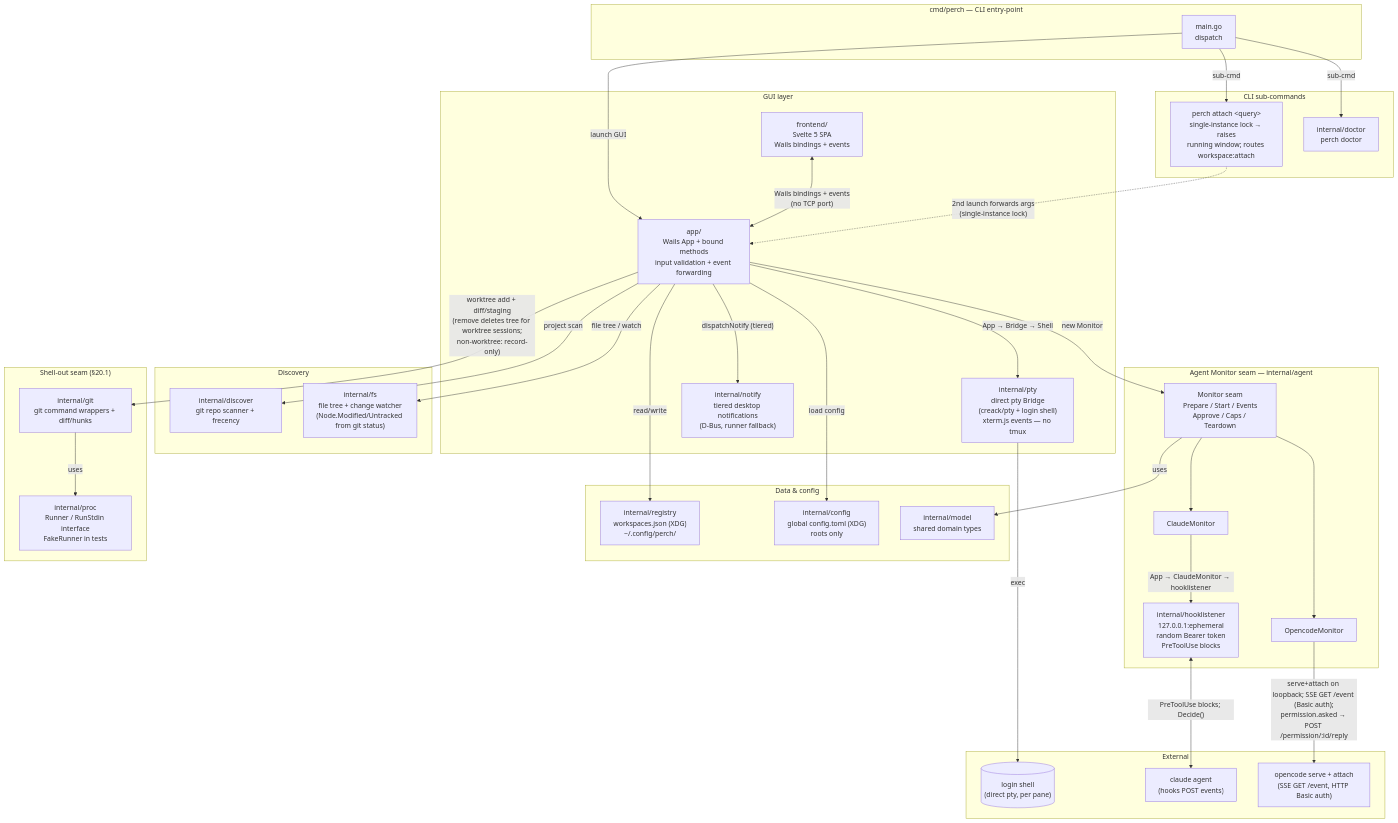
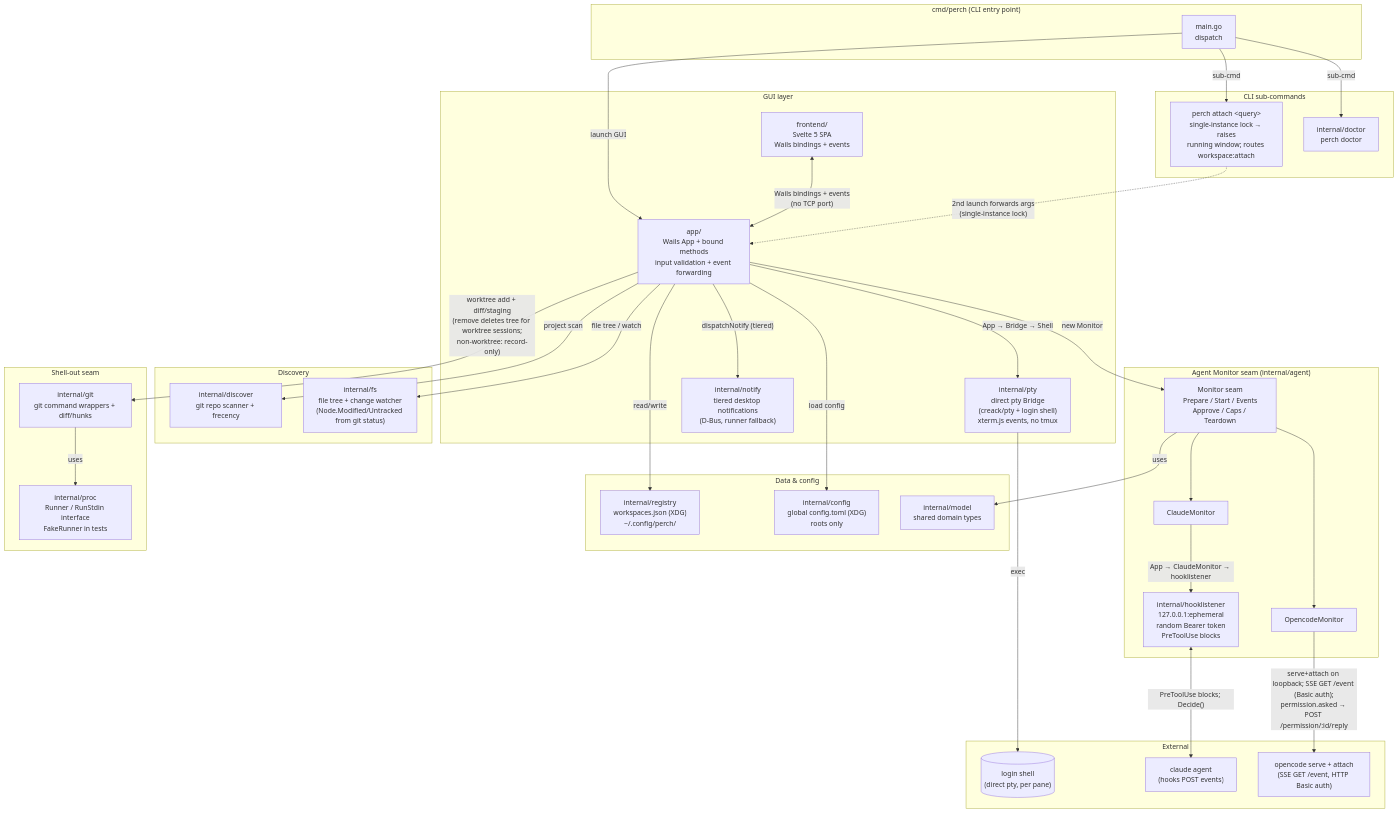
One commit to miniature-pug/perch changed the diagram in docs/diagrams/architecture.mmd. Above: the diagram before and after it, drawn with Mermaid. The commit also changed 26 other files, not shown here.

```diff
--- a/docs/diagrams/architecture.mmd
+++ b/docs/diagrams/architecture.mmd
@@ -1,72 +1,72 @@
 flowchart TD
-    subgraph CLI["cmd/perch — CLI entry-point"]
+    subgraph CLI["cmd/perch (CLI entry point)"]
         main["main.go\ndispatch"]
     end
 
     subgraph GUILayer["GUI layer"]
         apppkg["app/\nWails App + bound methods\ninput validation + event forwarding"]
-        pty["internal/pty\ndirect pty Bridge\n(creack/pty + login shell)\nxterm.js events — no tmux"]
+        pty["internal/pty\ndirect pty Bridge\n(creack/pty + login shell)\nxterm.js events, no tmux"]
         notify["internal/notify\ntiered desktop notifications\n(D-Bus, runner fallback)"]
         frontend["frontend/\nSvelte 5 SPA\nWails bindings + events"]
     end
 
-    subgraph Agents["Agent Monitor seam — internal/agent"]
+    subgraph Agents["Agent Monitor seam (internal/agent)"]
         monitor["Monitor seam\nPrepare / Start / Events\nApprove / Caps / Teardown"]
         claudemon["ClaudeMonitor"]
         opencodemon["OpencodeMonitor"]
         hooklistener["internal/hooklistener\n127.0.0.1:ephemeral\nrandom Bearer token\nPreToolUse blocks"]
     end
 
     subgraph CLIFlows["CLI sub-commands"]
         attach["perch attach &lt;query&gt;\nsingle-instance lock → raises\nrunning window; routes workspace:attach"]
         doctor["internal/doctor\nperch doctor"]
     end
 
     subgraph DataLayer["Data & config"]
         registry["internal/registry\nworkspaces.json (XDG)\n~/.config/perch/"]
         config["internal/config\nglobal config.toml (XDG)\nroots only"]
         model["internal/model\nshared domain types"]
     end
 
     subgraph Discovery["Discovery"]
         discover["internal/discover\ngit repo scanner + frecency"]
         fs["internal/fs\nfile tree + change watcher\n(Node.Modified/Untracked from git status)"]
     end
 
-    subgraph ShellSeam["Shell-out seam (§20.1)"]
+    subgraph ShellSeam["Shell-out seam"]
         proc["internal/proc\nRunner / RunStdin interface\nFakeRunner in tests"]
         git["internal/git\ngit command wrappers + diff/hunks"]
     end
 
     subgraph External["External"]
         shell[("login shell\n(direct pty, per pane)")]
         claudeagent["claude agent\n(hooks POST events)"]
         opencodeagent["opencode serve + attach\n(SSE GET /event, HTTP Basic auth)"]
     end
 
     main -->|"launch GUI"| apppkg
     main -->|"sub-cmd"| attach
     main -->|"sub-cmd"| doctor
 
     frontend <-->|"Wails bindings + events\n(no TCP port)"| apppkg
     apppkg -->|"App → Bridge → Shell"| pty
     apppkg -->|"dispatchNotify (tiered)"| notify
     apppkg -->|"new Monitor"| monitor
     apppkg -->|"read/write"| registry
     apppkg -->|"load config"| config
     apppkg -->|"worktree add + diff/staging\n(remove deletes tree for worktree sessions;\nnon-worktree: record-only)"| git
     apppkg -->|"file tree / watch"| fs
     apppkg -->|"project scan"| discover
 
     pty -->|"exec"| shell
 
     monitor --> claudemon
     monitor --> opencodemon
     claudemon -->|"App → ClaudeMonitor → hooklistener"| hooklistener
     hooklistener <-->|"PreToolUse blocks; Decide()"| claudeagent
     opencodemon -->|"serve+attach on loopback; SSE GET /event (Basic auth);\npermission.asked → POST /permission/:id/reply"| opencodeagent
 
     attach -.->|"2nd launch forwards args\n(single-instance lock)"| apppkg
 
     git -->|"uses"| proc
     monitor -->|"uses"| model
```
